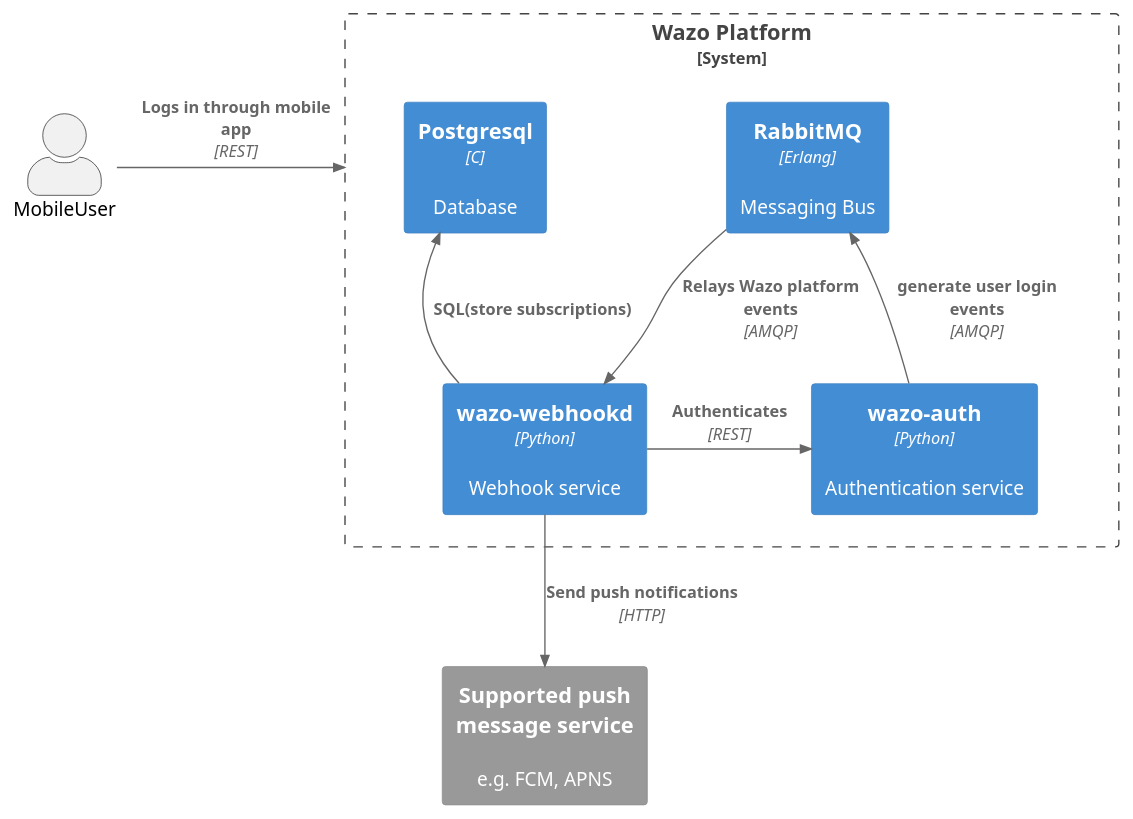
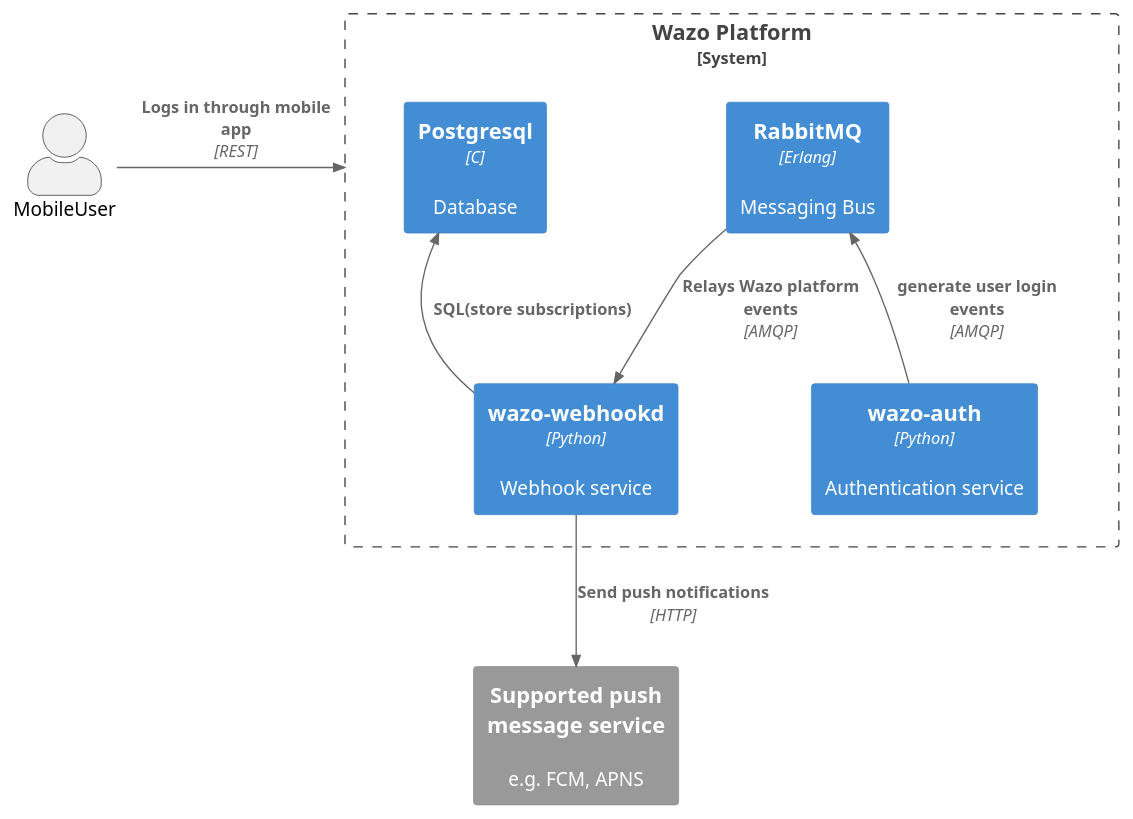
The diagram in content/uc-doc/system/mobile/mobile-push.puml (wazo-platform/wazo-platform.org), drawn with PlantUML before and after one commit.

Commit message:
Removed irrelevant/confusing relationship in diagram

```diff
--- a/content/uc-doc/system/mobile/mobile-push.puml
+++ b/content/uc-doc/system/mobile/mobile-push.puml
@@ -1,25 +1,24 @@
 @startuml
 !include C4_Container.puml
 
 hide stereotype
 
 System_Boundary(wazo_platform, "Wazo Platform"){
     Container(webhookd, "wazo-webhookd", "Python", "Webhook service")
     Container(db, "Postgresql", "C", "Database")
     Container(bus, "RabbitMQ", "Erlang", "Messaging Bus")
     Container(auth, "wazo-auth", "Python", "Authentication service") [["../documentation/overview/authentication.html"]]
 }
 
 System_Ext(external_push_server, "Supported push message service", "e.g. FCM, APNS")
 actor MobileUser
 
 Rel_R(MobileUser, wazo_platform, "Logs in through mobile app", "REST")
 
 Rel_U(webhookd, db, "SQL(store subscriptions)")
 Rel_D(bus, webhookd, "Relays Wazo platform events", "AMQP")
 
-Rel_R(webhookd, auth, "Authenticates", "REST")
 Rel_U(auth, bus, "generate user login events", "AMQP")
 Rel_D(webhookd, external_push_server, "Send push notifications", "HTTP")
 
 @enduml
```
